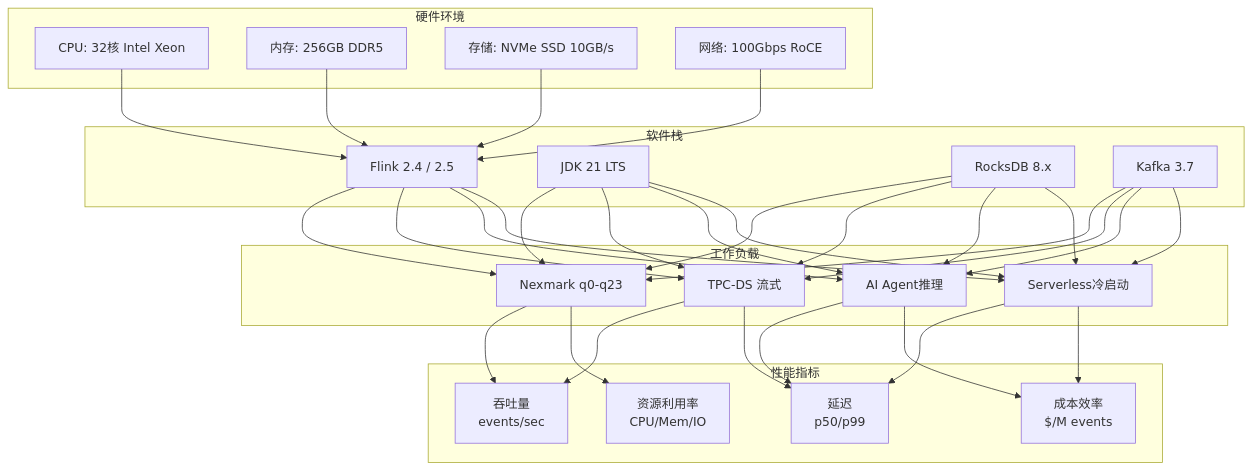
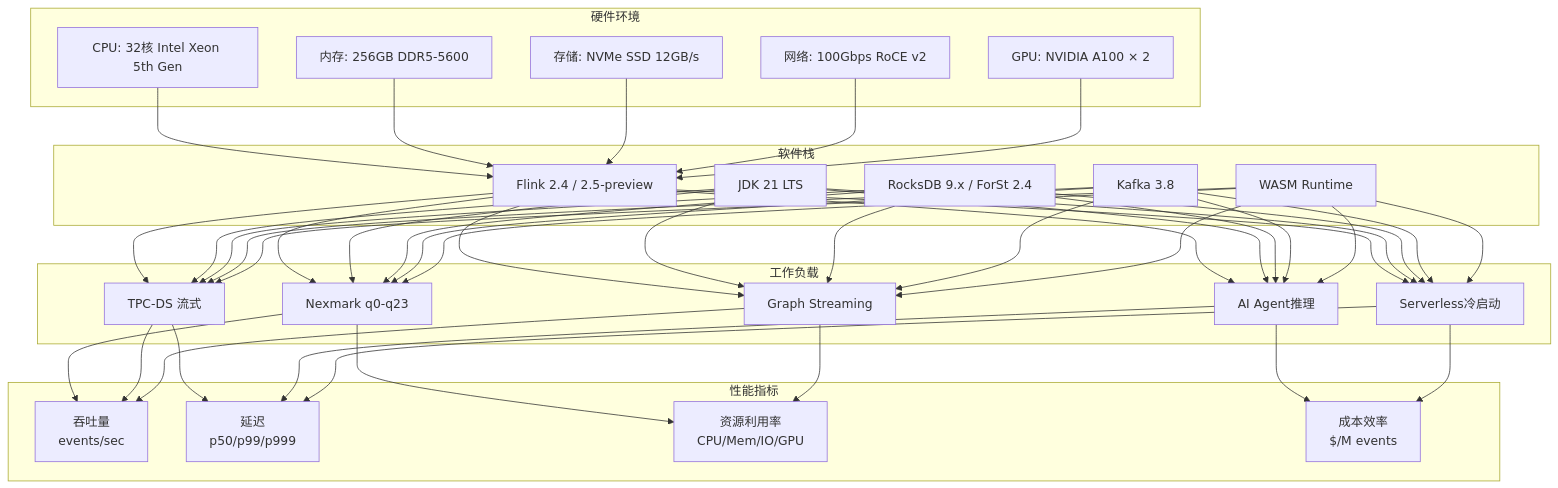
Before and after one commit to AdaMartin18010/AnalysisDataFlow: the first of 8 diagrams in Flink/09-practices/09.02-benchmarking/flink-24-25-benchmark-results.md, drawn with Mermaid. The commit also changed other lines of this file and 28 other files, not shown here.

````diff
--- a/Flink/09-practices/09.02-benchmarking/flink-24-25-benchmark-results.md
+++ b/Flink/09-practices/09.02-benchmarking/flink-24-25-benchmark-results.md
@@ -121,37 +144,41 @@
 ```mermaid
 graph TB
     subgraph 硬件环境
-        H1[CPU: 32核 Intel Xeon]
-        H2[内存: 256GB DDR5]
-        H3[存储: NVMe SSD 10GB/s]
-        H4[网络: 100Gbps RoCE]
+        H1[CPU: 32核 Intel Xeon 5th Gen]
+        H2[内存: 256GB DDR5-5600]
+        H3[存储: NVMe SSD 12GB/s]
+        H4[网络: 100Gbps RoCE v2]
+        H5[GPU: NVIDIA A100 × 2]
     end
 
     subgraph 软件栈
-        S1[Flink 2.4 / 2.5]
+        S1[Flink 2.4 / 2.5-preview]
         S2[JDK 21 LTS]
-        S3[RocksDB 8.x]
-        S4[Kafka 3.7]
+        S3[RocksDB 9.x / ForSt 2.4]
+        S4[Kafka 3.8]
+        S5[WASM Runtime]
     end
 
     subgraph 工作负载
         W1[Nexmark q0-q23]
         W2[TPC-DS 流式]
         W3[AI Agent推理]
         W4[Serverless冷启动]
+        W5[Graph Streaming]
     end
 
     subgraph 性能指标
         M1[吞吐量<br/>events/sec]
-        M2[延迟<br/>p50/p99]
-        M3[资源利用率<br/>CPU/Mem/IO]
+        M2[延迟<br/>p50/p99/p999]
+        M3[资源利用率<br/>CPU/Mem/IO/GPU]
         M4[成本效率<br/>$/M events]
     end
 
-    H1 & H2 & H3 & H4 --> S1
-    S1 & S2 & S3 & S4 --> W1 & W2 & W3 & W4
+    H1 & H2 & H3 & H4 & H5 --> S1
+    S1 & S2 & S3 & S4 & S5 --> W1 & W2 & W3 & W4 & W5
     W1 --> M1 & M3
     W2 --> M1 & M2
     W3 --> M2 & M4
     W4 --> M2 & M4
+    W5 --> M1 & M3
 ```
````
